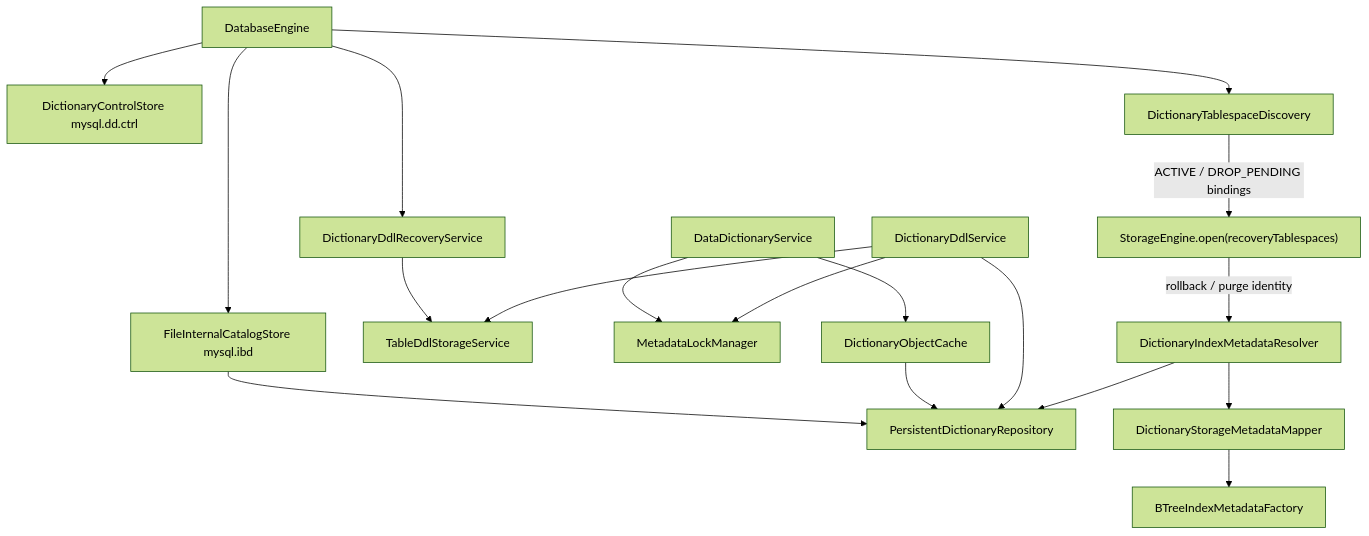
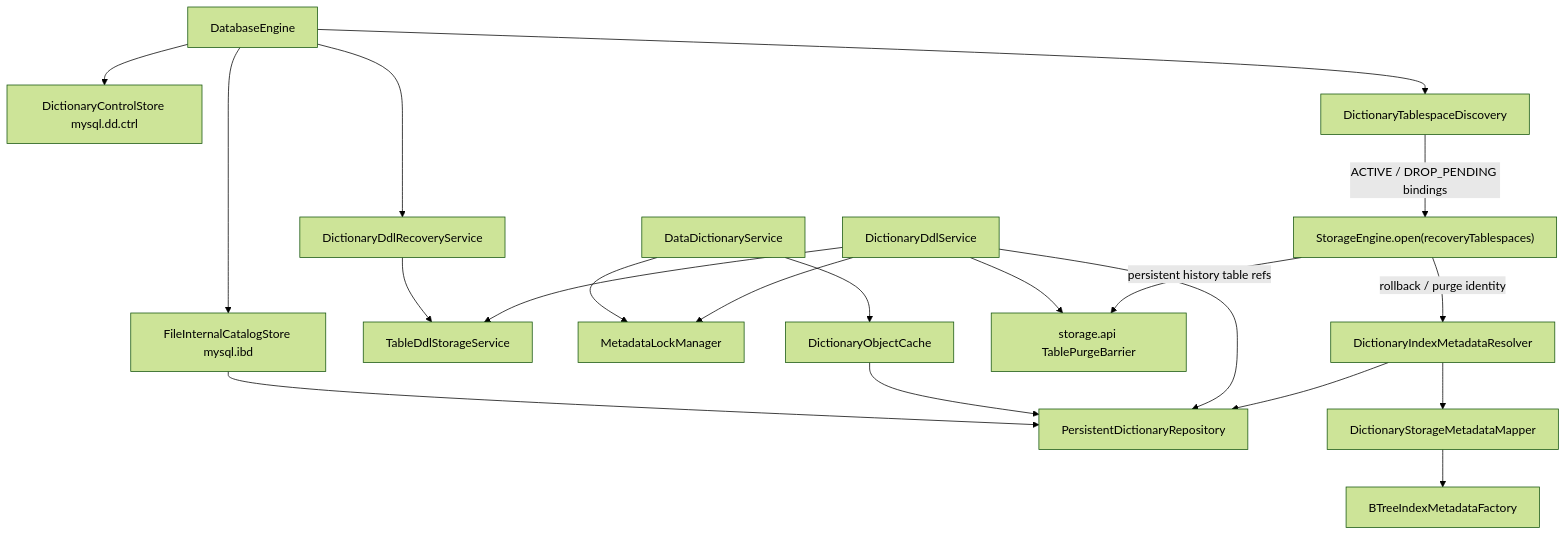
The tenth of 11 diagrams in docs/design/current-implementation-map.md (mywnlb/dbtest), drawn with Mermaid (forest theme) before and after one commit. The commit also changed other lines of this file and 119 other files, not shown here.

Commit message:
feat(storage): complete secondary index MVCC and purge

````diff
--- a/docs/design/current-implementation-map.md
+++ b/docs/design/current-implementation-map.md
@@ -608,20 +623,22 @@
 ```mermaid
 flowchart TD
   Engine["DatabaseEngine"] --> Control["DictionaryControlStore mysql.dd.ctrl"]
   Engine --> Catalog["FileInternalCatalogStore mysql.ibd"]
   Catalog --> Repo["PersistentDictionaryRepository"]
   Engine --> Discovery["DictionaryTablespaceDiscovery"]
   Discovery -->|ACTIVE / DROP_PENDING bindings| Storage["StorageEngine.open(recoveryTablespaces)"]
   Engine --> DdlRecovery["DictionaryDdlRecoveryService"]
   DdlRecovery --> Physical["TableDdlStorageService"]
   DdService["DataDictionaryService"] --> Mdl["MetadataLockManager"]
   DdService --> Cache["DictionaryObjectCache"]
   Cache --> Repo
   Ddl["DictionaryDdlService"] --> Mdl
   Ddl --> Repo
+  Ddl --> Barrier["storage.api TablePurgeBarrier"]
   Ddl --> Physical
   Resolver["DictionaryIndexMetadataResolver"] --> Repo
   Resolver --> Mapper["DictionaryStorageMetadataMapper"]
   Mapper --> Factory["BTreeIndexMetadataFactory"]
   Storage -->|rollback / purge identity| Resolver
+  Storage -->|persistent history table refs| Barrier
 ```
````
